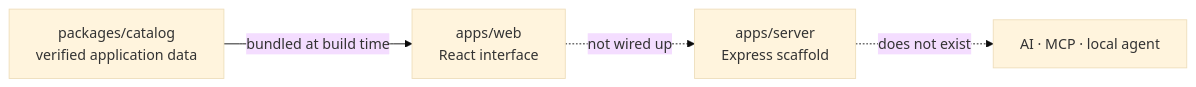
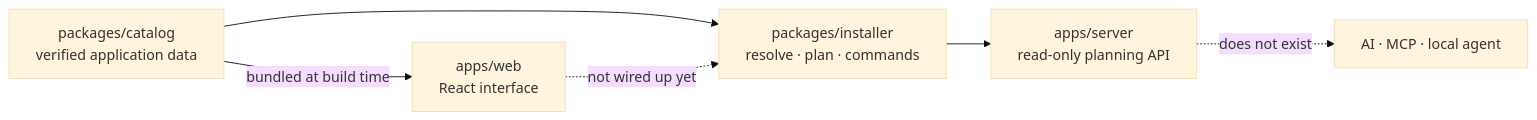
The diagram in README.md (AbhiDevepl/ConfigShell), drawn with Mermaid (base theme) before and after one commit. The commit also changed other lines of this file and 62 other files, not shown here.

````diff
--- a/README.md
+++ b/README.md
@@ -131,6 +142,8 @@
 ```mermaid
 flowchart LR
     CATALOG["packages/catalog<br/>verified application data"] -- "bundled at build time" --> WEB["apps/web<br/>React interface"]
-    WEB -. "not wired up" .-> SERVER["apps/server<br/>Express scaffold"]
+    CATALOG --> INSTALLER["packages/installer<br/>resolve · plan · commands"]
+    INSTALLER --> SERVER["apps/server<br/>read-only planning API"]
+    WEB -. "not wired up yet" .-> INSTALLER
     SERVER -. "does not exist" .-> REST["AI · MCP · local agent"]
 ```
````
